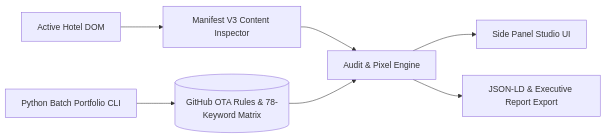
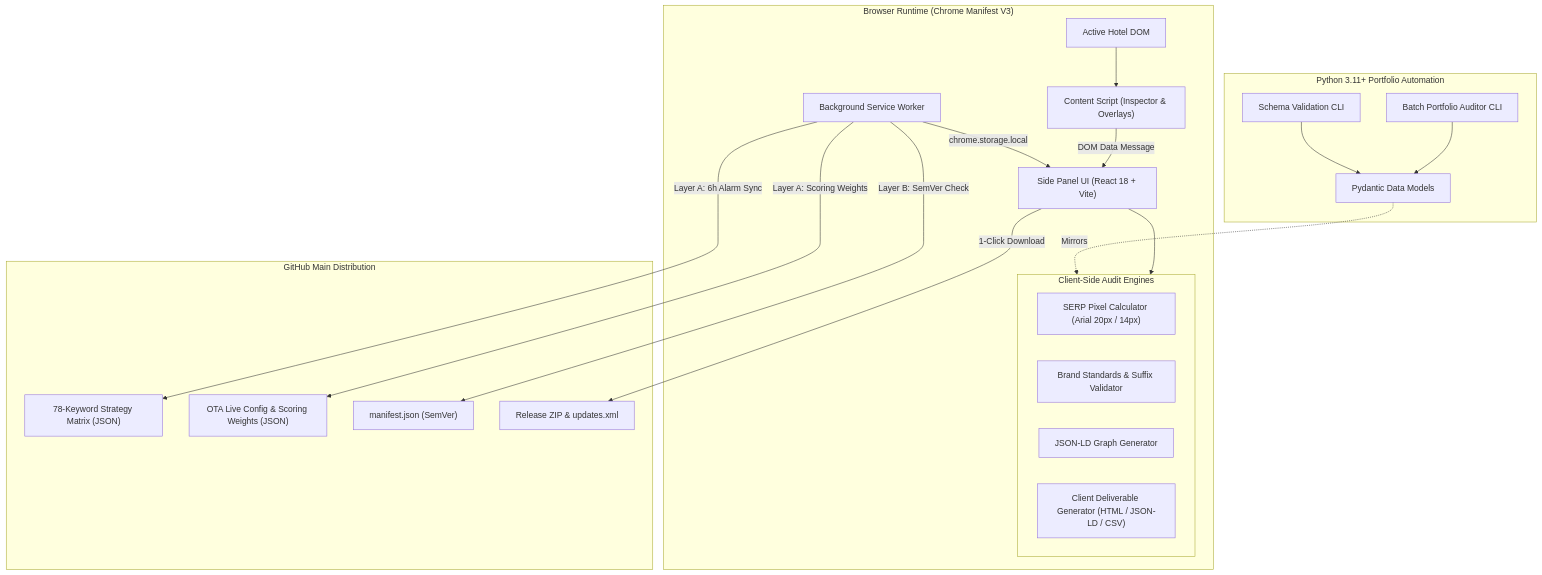
One commit to nurunnobejisan/Cogwheel-SEO-Templates changed the diagram in README.md. Above: the diagram before and after it, drawn with Mermaid. The commit also changed other lines of this file and 5 other files, not shown here.

First line of the commit message:
docs: overhaul enterprise architecture documentation and readme

````diff
--- a/README.md
+++ b/README.md
@@ -30,9 +26,39 @@
 ```mermaid
-flowchart LR
-    A["Active Hotel DOM"] --> B["Manifest V3 Content Inspector"]
-    B --> C["Audit & Pixel Engine"]
-    D[("GitHub OTA Rules & 78-Keyword Matrix")] --> C
-    C --> E["Side Panel Studio UI"]
-    C --> F["JSON-LD & Executive Report Export"]
-    G["Python Batch Portfolio CLI"] --> D
+flowchart TD
+    subgraph BrowserRuntime ["Browser Runtime (Chrome Manifest V3)"]
+        DOM["Active Hotel DOM"] --> ContentScript["Content Script (Inspector & Overlays)"]
+        ContentScript -->|"DOM Data Message"| SidePanel["Side Panel UI (React 18 + Vite)"]
+        
+        subgraph SidePanelEngines ["Client-Side Audit Engines"]
+            PixelEngine["SERP Pixel Calculator (Arial 20px / 14px)"]
+            BrandEngine["Brand Standards & Suffix Validator"]
+            SchemaEngine["JSON-LD Graph Generator"]
+            ExportEngine["Client Deliverable Generator (HTML / JSON-LD / CSV)"]
+        end
+
+        SidePanel --> SidePanelEngines
+        ServiceWorker["Background Service Worker"] -->|"chrome.storage.local"| SidePanel
+    end
+
+    subgraph GitHubEcosystem ["GitHub Main Distribution"]
+        RemoteMatrix["78-Keyword Strategy Matrix (JSON)"]
+        RemoteOta["OTA Live Config & Scoring Weights (JSON)"]
+        RemoteManifest["manifest.json (SemVer)"]
+        ReleaseAssets["Release ZIP & updates.xml"]
+    end
+
+    subgraph PythonLayer ["Python 3.11+ Portfolio Automation"]
+        BatchAuditor["Batch Portfolio Auditor CLI"]
+        SchemaValidator["Schema Validation CLI"]
+        PyModels["Pydantic Data Models"]
+    end
+
+    ServiceWorker -->|"Layer A: 6h Alarm Sync"| RemoteMatrix
+    ServiceWorker -->|"Layer A: Scoring Weights"| RemoteOta
+    ServiceWorker -->|"Layer B: SemVer Check"| RemoteManifest
+    SidePanel -->|"1-Click Download"| ReleaseAssets
+
+    BatchAuditor --> PyModels
+    SchemaValidator --> PyModels
+    PyModels -.->|"Mirrors"| SidePanelEngines
 ```
````
